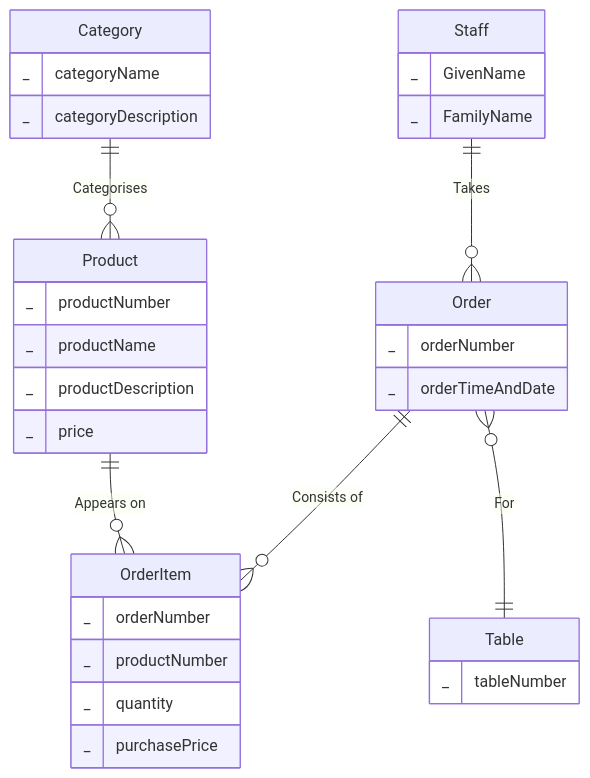
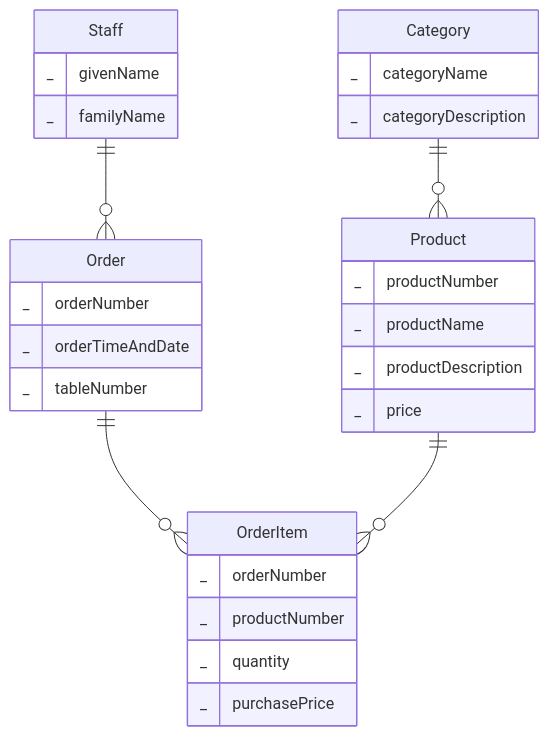
Before and after one commit to mmantle-hud/githubpages: the first of 2 diagrams in module_4_database_design/4.2_database_design_techniques/4.2.3_solution_database_design_coffee_shop.md, drawn with Mermaid. The commit also changed other lines of this file and 6 other files, not shown here.

````diff
--- a/module_4_database_design/4.2_database_design_techniques/4.2.3_solution_database_design_coffee_shop.md
+++ b/module_4_database_design/4.2_database_design_techniques/4.2.3_solution_database_design_coffee_shop.md
@@ -6,42 +23,38 @@
 ```mermaid
 erDiagram
-    Category ||--o{ Product : "Categorises"
-    Order ||--o{ OrderItem : "Consists of"
-    Order }o--|| "Table" : "For"
-    Staff ||--o{ Order : "Takes"
+    Category ||--o{ Product : ""
+    Order ||--o{ OrderItem : ""
+    Staff ||--o{ Order : ""
 
-    Product ||--o{ OrderItem : "Appears on"
+    Product ||--o{ OrderItem : ""
     
     Category {
         _ categoryName
         _ categoryDescription
     }
 
     Product {
         _ productNumber
         _ productName
         _ productDescription
         _ price  
     }
 
     Order {
         _ orderNumber
         _ orderTimeAndDate
+        _ tableNumber
     }
 
     OrderItem{
         _ orderNumber
         _ productNumber
         _ quantity
         _ purchasePrice
     }
 
-    "Table"{
-        _ tableNumber
-    }
-
     Staff{
-        _ GivenName
-        _ FamilyName
+        _ givenName
+        _ familyName
     }
 ```
````
